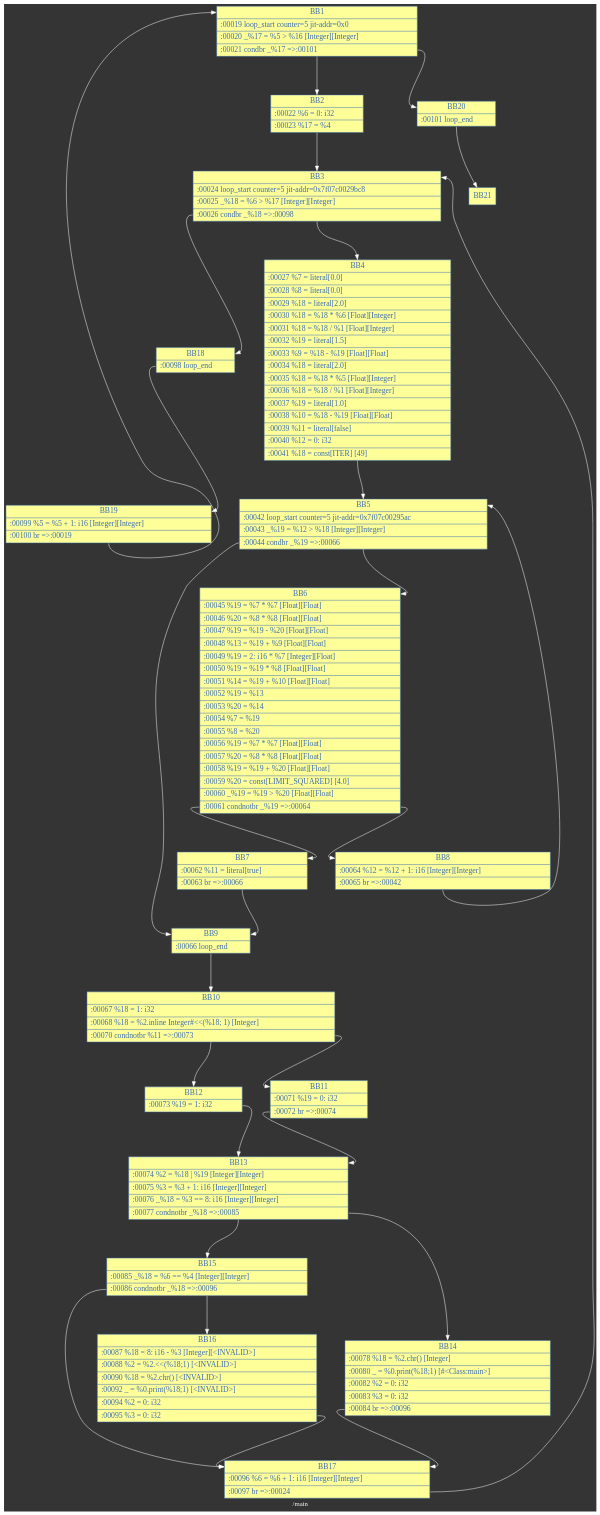
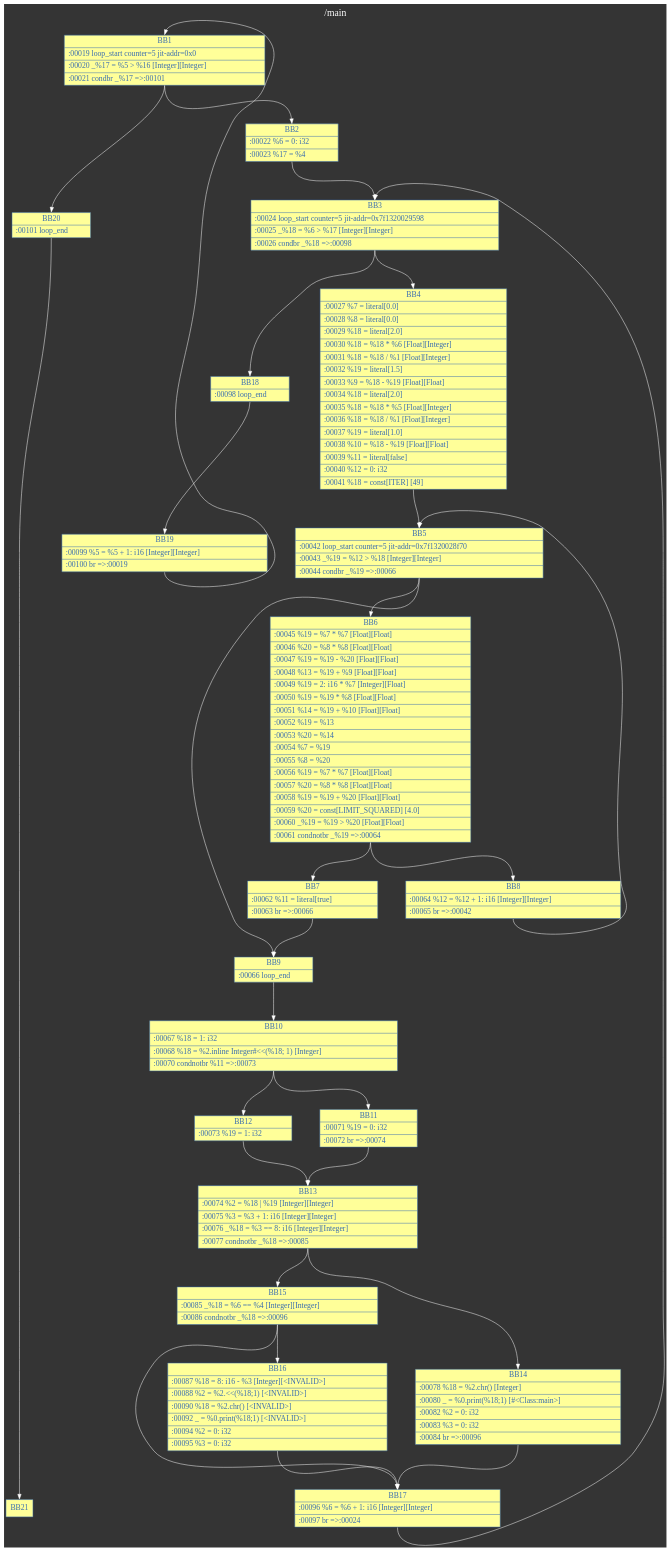
One commit to sisshiki1969/monoruby changed the diagram in dump.dot. Above: the diagram before and after it, drawn with Graphviz. The commit also changed 3 other files, not shown here.

```diff
--- a/dump.dot
+++ b/dump.dot
@@ -1,142 +1,147 @@
 digraph graph_name {
   graph [
     charset = "UTF-8";
     label = "/main",
+    labelloc = "t",
+    labeljust = "c",
     bgcolor = "#343434",
     fontcolor = white,
+    fontsize = 20,
     rankdir = TB,
     margin = 0.2,
     splines = spline,
     nodesep = 0.8,
     ranksep = 1.1
   ];
 
   node [
     colorscheme = "accent8"
     shape = box,
     style = "solid,filled",
     fontsize = 16,
     fontcolor = 5,
     fontname = "Consolas",
     color = 5,
     fillcolor = 4,
   ];
 
   edge [
     style = solid,
     fontsize = 14,
     fontcolor = white,
     fontname = "Migu 1M",
     color = white,
     labelfloat = true,
     labeldistance = 2.5,
     labelangle = 70
   ];
   BB1 [
     shape=record
-    label="{<in>BB1|:00019 loop_start counter=5 jit-addr=0x0\l|:00020 _%17 = %5 &gt; %16                      [Integer][Integer]\l|<out>:00021 condbr _%17 =&gt;:00101\l}"
+    label="{BB1|:00019 loop_start counter=5 jit-addr=0x0\l|:00020 _%17 = %5 &gt; %16                      [Integer][Integer]\l|:00021 condbr _%17 =&gt;:00101\l}"
   ];
   BB2 [
     shape=record
-    label="{<in>BB2|:00022 %6 = 0: i32\l|<out>:00023 %17 = %4\l}"
+    label="{BB2|:00022 %6 = 0: i32\l|:00023 %17 = %4\l}"
   ];
   BB3 [
     shape=record
-    label="{<in>BB3|:00024 loop_start counter=5 jit-addr=0x7f07c0029bc8\l|:00025 _%18 = %6 &gt; %17                      [Integer][Integer]\l|<out>:00026 condbr _%18 =&gt;:00098\l}"
+    label="{BB3|:00024 loop_start counter=5 jit-addr=0x7f1320029598\l|:00025 _%18 = %6 &gt; %17                      [Integer][Integer]\l|:00026 condbr _%18 =&gt;:00098\l}"
   ];
   BB4 [
     shape=record
-    label="{<in>BB4|:00027 %7 = literal[0.0]\l|:00028 %8 = literal[0.0]\l|:00029 %18 = literal[2.0]\l|:00030 %18 = %18 * %6                       [Float][Integer]\l|:00031 %18 = %18 / %1                       [Float][Integer]\l|:00032 %19 = literal[1.5]\l|:00033 %9 = %18 - %19                       [Float][Float]\l|:00034 %18 = literal[2.0]\l|:00035 %18 = %18 * %5                       [Float][Integer]\l|:00036 %18 = %18 / %1                       [Float][Integer]\l|:00037 %19 = literal[1.0]\l|:00038 %10 = %18 - %19                      [Float][Float]\l|:00039 %11 = literal[false]\l|:00040 %12 = 0: i32\l|<out>:00041 %18 = const[ITER]                    [49]\l}"
+    label="{BB4|:00027 %7 = literal[0.0]\l|:00028 %8 = literal[0.0]\l|:00029 %18 = literal[2.0]\l|:00030 %18 = %18 * %6                       [Float][Integer]\l|:00031 %18 = %18 / %1                       [Float][Integer]\l|:00032 %19 = literal[1.5]\l|:00033 %9 = %18 - %19                       [Float][Float]\l|:00034 %18 = literal[2.0]\l|:00035 %18 = %18 * %5                       [Float][Integer]\l|:00036 %18 = %18 / %1                       [Float][Integer]\l|:00037 %19 = literal[1.0]\l|:00038 %10 = %18 - %19                      [Float][Float]\l|:00039 %11 = literal[false]\l|:00040 %12 = 0: i32\l|:00041 %18 = const[ITER]                    [49]\l}"
   ];
   BB5 [
     shape=record
-    label="{<in>BB5|:00042 loop_start counter=5 jit-addr=0x7f07c00295ac\l|:00043 _%19 = %12 &gt; %18                     [Integer][Integer]\l|<out>:00044 condbr _%19 =&gt;:00066\l}"
+    label="{BB5|:00042 loop_start counter=5 jit-addr=0x7f1320028f70\l|:00043 _%19 = %12 &gt; %18                     [Integer][Integer]\l|:00044 condbr _%19 =&gt;:00066\l}"
   ];
   BB6 [
     shape=record
-    label="{<in>BB6|:00045 %19 = %7 * %7                        [Float][Float]\l|:00046 %20 = %8 * %8                        [Float][Float]\l|:00047 %19 = %19 - %20                      [Float][Float]\l|:00048 %13 = %19 + %9                       [Float][Float]\l|:00049 %19 = 2: i16 * %7                    [Integer][Float]\l|:00050 %19 = %19 * %8                       [Float][Float]\l|:00051 %14 = %19 + %10                      [Float][Float]\l|:00052 %19 = %13\l|:00053 %20 = %14\l|:00054 %7 = %19\l|:00055 %8 = %20\l|:00056 %19 = %7 * %7                        [Float][Float]\l|:00057 %20 = %8 * %8                        [Float][Float]\l|:00058 %19 = %19 + %20                      [Float][Float]\l|:00059 %20 = const[LIMIT_SQUARED]           [4.0]\l|:00060 _%19 = %19 &gt; %20                     [Float][Float]\l|<out>:00061 condnotbr _%19 =&gt;:00064\l}"
+    label="{BB6|:00045 %19 = %7 * %7                        [Float][Float]\l|:00046 %20 = %8 * %8                        [Float][Float]\l|:00047 %19 = %19 - %20                      [Float][Float]\l|:00048 %13 = %19 + %9                       [Float][Float]\l|:00049 %19 = 2: i16 * %7                    [Integer][Float]\l|:00050 %19 = %19 * %8                       [Float][Float]\l|:00051 %14 = %19 + %10                      [Float][Float]\l|:00052 %19 = %13\l|:00053 %20 = %14\l|:00054 %7 = %19\l|:00055 %8 = %20\l|:00056 %19 = %7 * %7                        [Float][Float]\l|:00057 %20 = %8 * %8                        [Float][Float]\l|:00058 %19 = %19 + %20                      [Float][Float]\l|:00059 %20 = const[LIMIT_SQUARED]           [4.0]\l|:00060 _%19 = %19 &gt; %20                     [Float][Float]\l|:00061 condnotbr _%19 =&gt;:00064\l}"
   ];
   BB7 [
     shape=record
-    label="{<in>BB7|:00062 %11 = literal[true]\l|<out>:00063 br =&gt;:00066\l}"
+    label="{BB7|:00062 %11 = literal[true]\l|:00063 br =&gt;:00066\l}"
   ];
   BB8 [
     shape=record
-    label="{<in>BB8|:00064 %12 = %12 + 1: i16                   [Integer][Integer]\l|<out>:00065 br =&gt;:00042\l}"
+    label="{BB8|:00064 %12 = %12 + 1: i16                   [Integer][Integer]\l|:00065 br =&gt;:00042\l}"
   ];
   BB9 [
     shape=record
-    label="{<in>BB9|<out>:00066 loop_end\l}"
+    label="{BB9|:00066 loop_end\l}"
   ];
   BB10 [
     shape=record
-    label="{<in>BB10|:00067 %18 = 1: i32\l|:00068 %18 = %2.inline Integer#&lt;&lt;(%18; 1)   [Integer]\l|<out>:00070 condnotbr %11 =&gt;:00073\l}"
+    label="{BB10|:00067 %18 = 1: i32\l|:00068 %18 = %2.inline Integer#&lt;&lt;(%18; 1)   [Integer]\l|:00070 condnotbr %11 =&gt;:00073\l}"
   ];
   BB11 [
     shape=record
-    label="{<in>BB11|:00071 %19 = 0: i32\l|<out>:00072 br =&gt;:00074\l}"
+    label="{BB11|:00071 %19 = 0: i32\l|:00072 br =&gt;:00074\l}"
   ];
   BB12 [
     shape=record
-    label="{<in>BB12|<out>:00073 %19 = 1: i32\l}"
+    label="{BB12|:00073 %19 = 1: i32\l}"
   ];
   BB13 [
     shape=record
-    label="{<in>BB13|:00074 %2 = %18 \| %19                       [Integer][Integer]\l|:00075 %3 = %3 + 1: i16                     [Integer][Integer]\l|:00076 _%18 = %3 == 8: i16                  [Integer][Integer]\l|<out>:00077 condnotbr _%18 =&gt;:00085\l}"
+    label="{BB13|:00074 %2 = %18 \| %19                       [Integer][Integer]\l|:00075 %3 = %3 + 1: i16                     [Integer][Integer]\l|:00076 _%18 = %3 == 8: i16                  [Integer][Integer]\l|:00077 condnotbr _%18 =&gt;:00085\l}"
   ];
   BB14 [
     shape=record
-    label="{<in>BB14|:00078 %18 = %2.chr()                       [Integer]\l|:00080 _ = %0.print(%18;1)                  [#&lt;Class:main&gt;]\l|:00082 %2 = 0: i32\l|:00083 %3 = 0: i32\l|<out>:00084 br =&gt;:00096\l}"
+    label="{BB14|:00078 %18 = %2.chr()                       [Integer]\l|:00080 _ = %0.print(%18;1)                  [#&lt;Class:main&gt;]\l|:00082 %2 = 0: i32\l|:00083 %3 = 0: i32\l|:00084 br =&gt;:00096\l}"
   ];
   BB15 [
     shape=record
-    label="{<in>BB15|:00085 _%18 = %6 == %4                      [Integer][Integer]\l|<out>:00086 condnotbr _%18 =&gt;:00096\l}"
+    label="{BB15|:00085 _%18 = %6 == %4                      [Integer][Integer]\l|:00086 condnotbr _%18 =&gt;:00096\l}"
   ];
   BB16 [
     shape=record
-    label="{<in>BB16|:00087 %18 = 8: i16 - %3                    [Integer][&lt;INVALID&gt;]\l|:00088 %2 = %2.&lt;&lt;(%18;1)                    [&lt;INVALID&gt;]\l|:00090 %18 = %2.chr()                       [&lt;INVALID&gt;]\l|:00092 _ = %0.print(%18;1)                  [&lt;INVALID&gt;]\l|:00094 %2 = 0: i32\l|<out>:00095 %3 = 0: i32\l}"
+    label="{BB16|:00087 %18 = 8: i16 - %3                    [Integer][&lt;INVALID&gt;]\l|:00088 %2 = %2.&lt;&lt;(%18;1)                    [&lt;INVALID&gt;]\l|:00090 %18 = %2.chr()                       [&lt;INVALID&gt;]\l|:00092 _ = %0.print(%18;1)                  [&lt;INVALID&gt;]\l|:00094 %2 = 0: i32\l|:00095 %3 = 0: i32\l}"
   ];
   BB17 [
     shape=record
-    label="{<in>BB17|:00096 %6 = %6 + 1: i16                     [Integer][Integer]\l|<out>:00097 br =&gt;:00024\l}"
+    label="{BB17|:00096 %6 = %6 + 1: i16                     [Integer][Integer]\l|:00097 br =&gt;:00024\l}"
   ];
   BB18 [
     shape=record
-    label="{<in>BB18|<out>:00098 loop_end\l}"
+    label="{BB18|:00098 loop_end\l}"
   ];
   BB19 [
     shape=record
-    label="{<in>BB19|:00099 %5 = %5 + 1: i16                     [Integer][Integer]\l|<out>:00100 br =&gt;:00019\l}"
+    label="{BB19|:00099 %5 = %5 + 1: i16                     [Integer][Integer]\l|:00100 br =&gt;:00019\l}"
   ];
   BB20 [
     shape=record
-    label="{<in>BB20|<out>:00101 loop_end\l}"
+    label="{BB20|:00101 loop_end\l}"
   ];
-  BB1:out -> BB2:in;
-  BB1:out -> BB20:in;
-  BB2:out -> BB3:in;
-  BB3:out -> BB4:in;
-  BB3:out -> BB18:in;
-  BB4:out -> BB5:in;
-  BB5:out -> BB6:in;
-  BB5:out -> BB9:in;
-  BB6:out -> BB7:in;
-  BB6:out -> BB8:in;
-  BB7:out -> BB9:in;
-  BB8:out -> BB5:in;
-  BB9:out -> BB10:in;
-  BB10:out -> BB11:in;
-  BB10:out -> BB12:in;
-  BB11:out -> BB13:in;
-  BB12:out -> BB13:in;
-  BB13:out -> BB14:in;
-  BB13:out -> BB15:in;
-  BB14:out -> BB17:in;
-  BB15:out -> BB16:in;
-  BB15:out -> BB17:in;
-  BB16:out -> BB17:in;
-  BB17:out -> BB3:in;
-  BB18:out -> BB19:in;
-  BB19:out -> BB1:in;
-  BB20:out -> BB21:in;
+  BB1 -> BB2 [headport = n, tailport = s];
+  BB1 -> BB20 [headport = n, tailport = s];
+  BB2 -> BB3 [headport = n, tailport = s];
+  BB3 -> BB4 [headport = n, tailport = s];
+  BB3 -> BB18 [headport = n, tailport = s];
+  BB4 -> BB5 [headport = n, tailport = s];
+  BB5 -> BB6 [headport = n, tailport = s];
+  BB5 -> BB9 [headport = n, tailport = s];
+  BB6 -> BB7 [headport = n, tailport = s];
+  BB6 -> BB8 [headport = n, tailport = s];
+  BB7 -> BB9 [headport = n, tailport = s];
+  BB8 -> BB5 [headport = n, tailport = s];
+  BB9 -> BB10 [headport = n, tailport = s];
+  BB10 -> BB11 [headport = n, tailport = s];
+  BB10 -> BB12 [headport = n, tailport = s];
+  BB11 -> BB13 [headport = n, tailport = s];
+  BB12 -> BB13 [headport = n, tailport = s];
+  BB13 -> BB14 [headport = n, tailport = s];
+  BB13 -> BB15 [headport = n, tailport = s];
+  BB14 -> BB17 [headport = n, tailport = s];
+  BB15 -> BB16 [headport = n, tailport = s];
+  BB15 -> BB17 [headport = n, tailport = s];
+  BB16 -> BB17 [headport = n, tailport = s];
+  BB17 -> BB3 [headport = n, tailport = s];
+  BB18 -> BB19 [headport = n, tailport = s];
+  BB19 -> BB1 [headport = n, tailport = s];
+  BB20 -> BB21 [headport = n, tailport = s];
+
+  {rank = max; BB21;}
 }
```
